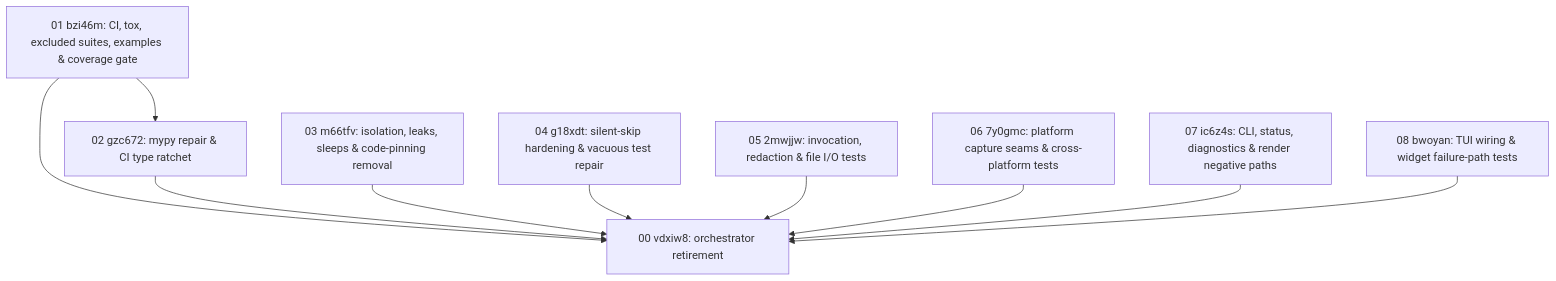
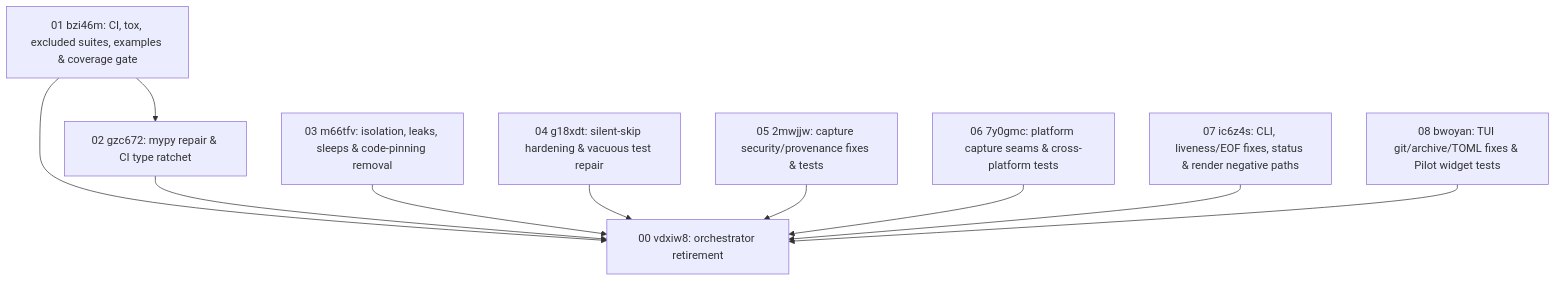
Before and after one commit to fariello/pubrun: the diagram in .aw/records/plans/pending/20261123-test-audit-00-vdxiw8-testing-rigor-and-completeness-remediation.ipd.md, drawn with Mermaid. The commit also changed other lines of this file and 3 other files, not shown here.

````diff
--- a/.aw/records/plans/pending/20261123-test-audit-00-vdxiw8-testing-rigor-and-completeness-remediation.ipd.md
+++ b/.aw/records/plans/pending/20261123-test-audit-00-vdxiw8-testing-rigor-and-completeness-remediation.ipd.md
@@ -37,22 +41,22 @@
 ```mermaid
 flowchart TD
     O1["01 bzi46m: CI, tox, excluded suites, examples & coverage gate"]
     O2["02 gzc672: mypy repair & CI type ratchet"]
     O3["03 m66tfv: isolation, leaks, sleeps & code-pinning removal"]
     O4["04 g18xdt: silent-skip hardening & vacuous test repair"]
-    O5["05 2mwjjw: invocation, redaction & file I/O tests"]
+    O5["05 2mwjjw: capture security/provenance fixes & tests"]
     O6["06 7y0gmc: platform capture seams & cross-platform tests"]
-    O7["07 ic6z4s: CLI, status, diagnostics & render negative paths"]
-    O8["08 bwoyan: TUI wiring & widget failure-path tests"]
+    O7["07 ic6z4s: CLI, liveness/EOF fixes, status & render negative paths"]
+    O8["08 bwoyan: TUI git/archive/TOML fixes & Pilot widget tests"]
     ORCH["00 vdxiw8: orchestrator retirement"]
 
     O1 --> O2
     O1 --> ORCH
     O2 --> ORCH
     O3 --> ORCH
     O4 --> ORCH
     O5 --> ORCH
     O6 --> ORCH
     O7 --> ORCH
     O8 --> ORCH
 ```
````
